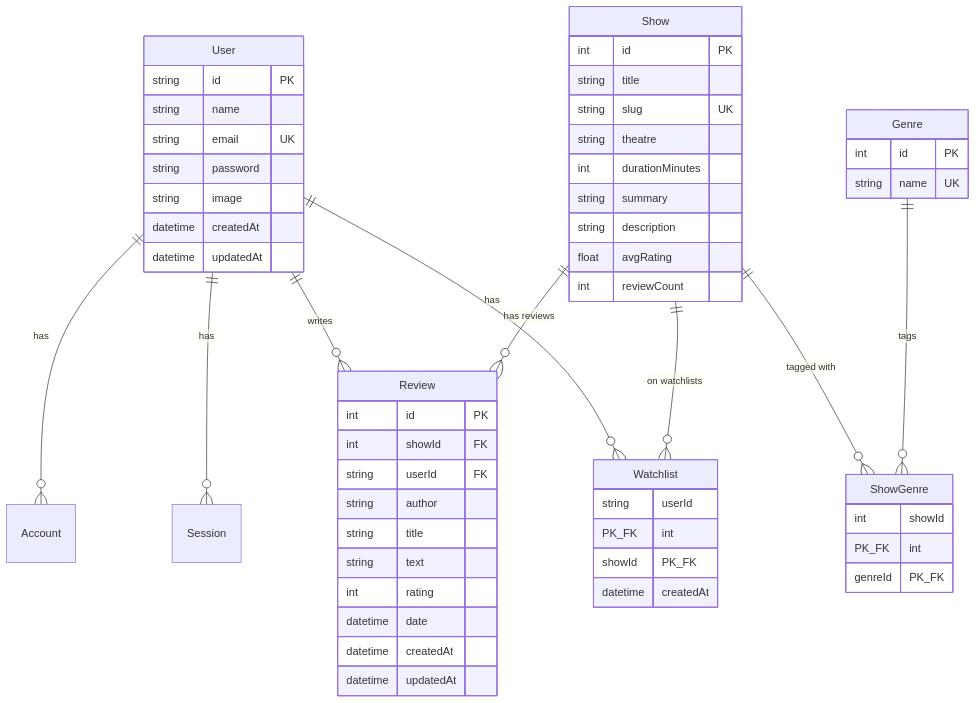
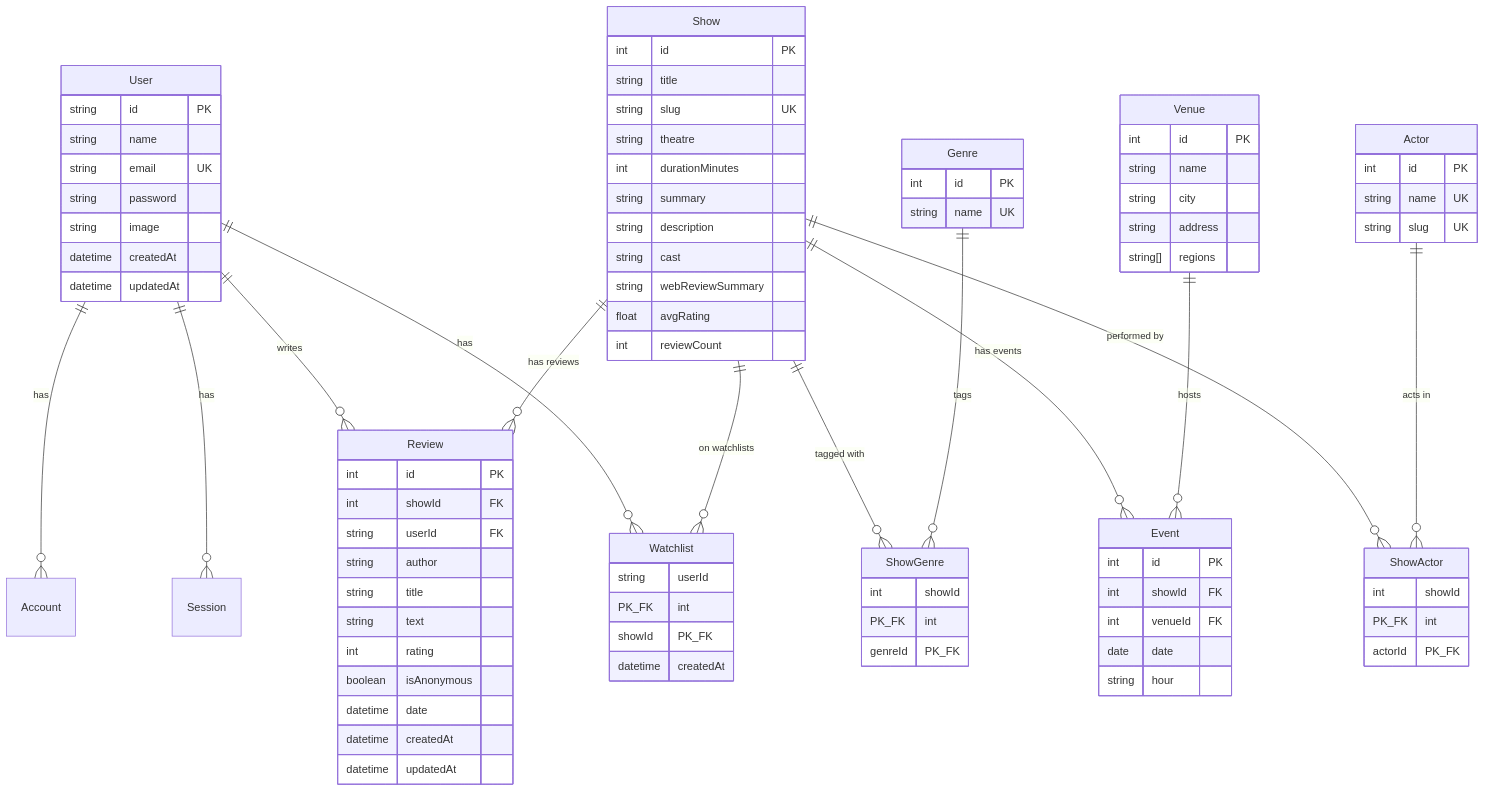
Before and after one commit to HeliZakay/theatre-in-israel: the second of 2 diagrams in SYSTEM_DESIGN.md, drawn with Mermaid. The commit also changed other lines of this file and 25 other files, not shown here.

```diff
--- a/SYSTEM_DESIGN.md
+++ b/SYSTEM_DESIGN.md
@@ -112,7 +113,11 @@
     Show ||--o{ Review : "has reviews"
     Show ||--o{ Watchlist : "on watchlists"
     Show ||--o{ ShowGenre : "tagged with"
+    Show ||--o{ Event : "has events"
+    Show ||--o{ ShowActor : "performed by"
     Genre ||--o{ ShowGenre : "tags"
+    Venue ||--o{ Event : "hosts"
+    Actor ||--o{ ShowActor : "acts in"
 
     User {
         string id PK
@@ -132,6 +137,8 @@
         int durationMinutes
         string summary
         string description
+        string cast
+        string webReviewSummary
         float avgRating
         int reviewCount
     }
@@ -144,9 +151,37 @@
         string title
         string text
         int rating
+        boolean isAnonymous
         datetime date
         datetime createdAt
         datetime updatedAt
+    }
+
+    Event {
+        int id PK
+        int showId FK
+        int venueId FK
+        date date
+        string hour
+    }
+
+    Venue {
+        int id PK
+        string name
+        string city
+        string address
+        string[] regions
+    }
+
+    Actor {
+        int id PK
+        string name UK
+        string slug UK
+    }
+
+    ShowActor {
+        int showId PK_FK
+        int actorId PK_FK
     }
 
     Watchlist {
```
